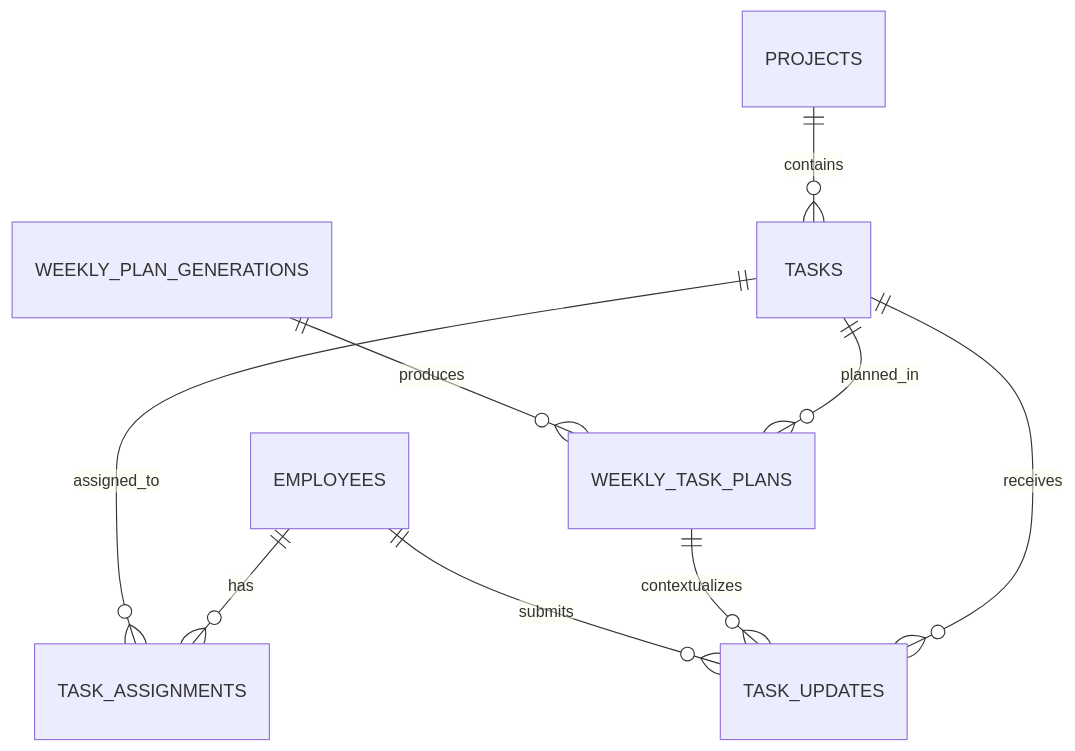
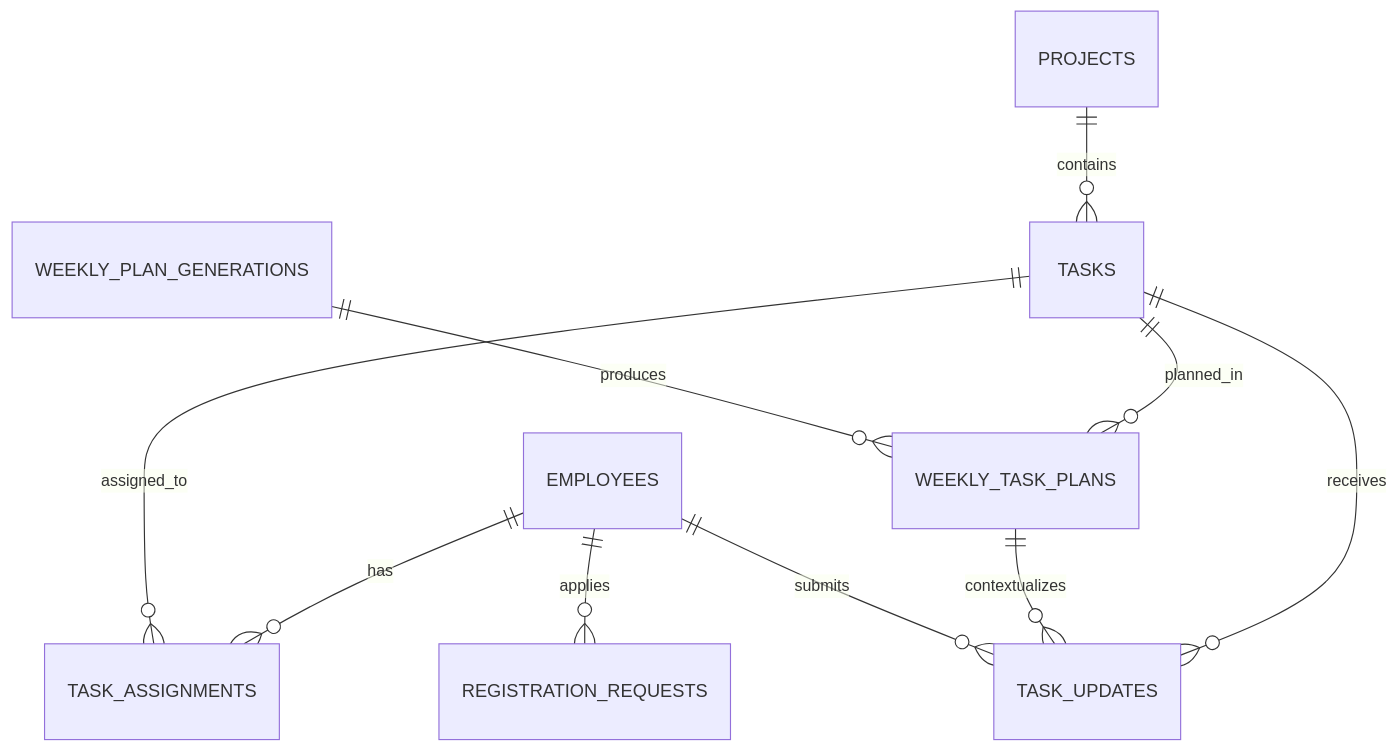
Before and after one commit to dabbitz/weekly-worker-tracker: the second of 2 diagrams in README.md, drawn with Mermaid. The commit also changed other lines of this file and 1 other file, not shown here.

````diff
--- a/README.md
+++ b/README.md
@@ -378,11 +490,12 @@
 ```mermaid
 erDiagram
     EMPLOYEES ||--o{ TASK_ASSIGNMENTS : has
     TASKS ||--o{ TASK_ASSIGNMENTS : assigned_to
     PROJECTS ||--o{ TASKS : contains
     TASKS ||--o{ WEEKLY_TASK_PLANS : planned_in
     WEEKLY_PLAN_GENERATIONS ||--o{ WEEKLY_TASK_PLANS : produces
     TASKS ||--o{ TASK_UPDATES : receives
     WEEKLY_TASK_PLANS ||--o{ TASK_UPDATES : contextualizes
     EMPLOYEES ||--o{ TASK_UPDATES : submits
+    EMPLOYEES ||--o{ REGISTRATION_REQUESTS : applies
 ```
````
